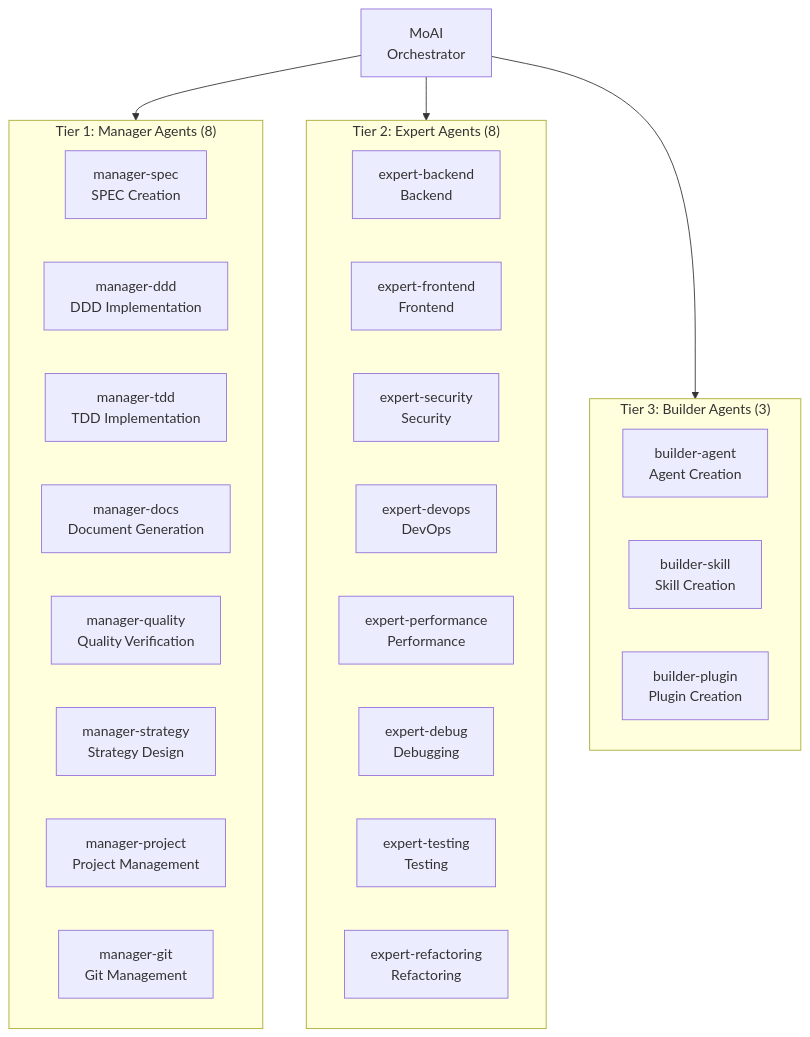
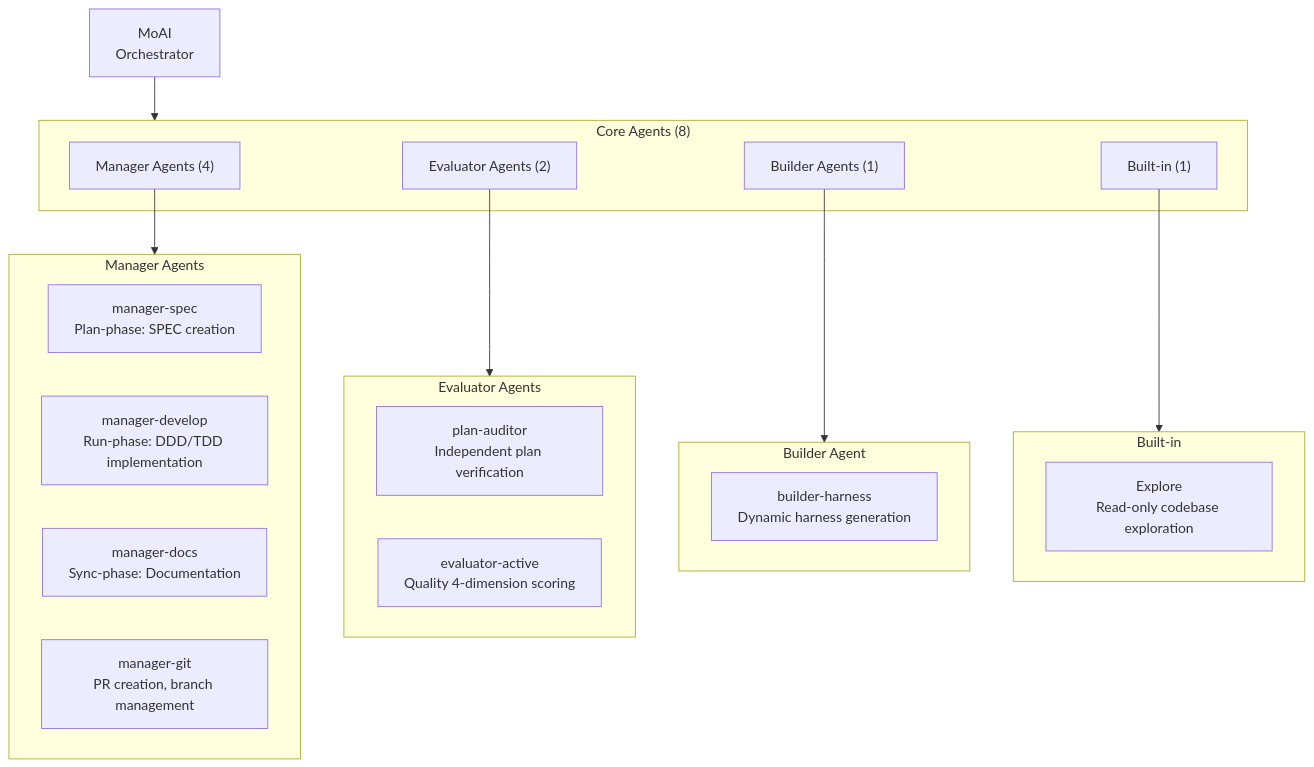
One commit to modu-ai/moai-adk changed the second of 4 diagrams in docs-site/content/en/advanced/agent-guide.md. Above: the diagram before and after it, drawn with Mermaid. The commit also changed other lines of this file and 153 other files, not shown here.

````diff
--- a/docs-site/content/en/advanced/agent-guide.md
+++ b/docs-site/content/en/advanced/agent-guide.md
@@ -58,36 +59,37 @@
 ```mermaid
 flowchart TD
     MOAI["MoAI<br/>Orchestrator"]
 
-    subgraph TIER1["Tier 1: Manager Agents (8)"]
-        MS["manager-spec<br/>SPEC Creation"]
-        MD["manager-ddd<br/>DDD Implementation"]
-        MT["manager-tdd<br/>TDD Implementation"]
-        MDOC["manager-docs<br/>Document Generation"]
-        MQ["manager-quality<br/>Quality Verification"]
-        MST["manager-strategy<br/>Strategy Design"]
-        MP["manager-project<br/>Project Management"]
-        MG["manager-git<br/>Git Management"]
+    subgraph CORE["Core Agents (8)"]
+        MANAGER["Manager Agents (4)"]
+        EVAL["Evaluator Agents (2)"]
+        BUILDER["Builder Agents (1)"]
+        EXPLORE["Built-in (1)"]
     end
 
-    subgraph TIER2["Tier 2: Expert Agents (8)"]
-        EB["expert-backend<br/>Backend"]
-        EF["expert-frontend<br/>Frontend"]
-        ES["expert-security<br/>Security"]
-        ED["expert-devops<br/>DevOps"]
-        EP["expert-performance<br/>Performance"]
-        EDB["expert-debug<br/>Debugging"]
-        ET["expert-testing<br/>Testing"]
-        ER["expert-refactoring<br/>Refactoring"]
+    subgraph MANAGERAGENTS["Manager Agents"]
+        MS["manager-spec<br/>Plan-phase: SPEC creation"]
+        MD["manager-develop<br/>Run-phase: DDD/TDD implementation"]
+        MDOC["manager-docs<br/>Sync-phase: Documentation"]
+        MG["manager-git<br/>PR creation, branch management"]
     end
 
-    subgraph TIER3["Tier 3: Builder Agents (3)"]
-        BA["builder-agent<br/>Agent Creation"]
-        BS["builder-skill<br/>Skill Creation"]
-        BP["builder-plugin<br/>Plugin Creation"]
+    subgraph EVALS["Evaluator Agents"]
+        PA["plan-auditor<br/>Independent plan verification"]
+        EA["evaluator-active<br/>Quality 4-dimension scoring"]
     end
 
-    MOAI --> TIER1
-    MOAI --> TIER2
-    MOAI --> TIER3
+    subgraph BUILDERS["Builder Agent"]
+        BH["builder-harness<br/>Dynamic harness generation"]
+    end
+
+    subgraph EXPLOREAGENT["Built-in"]
+        EXP["Explore<br/>Read-only codebase exploration"]
+    end
+
+    MOAI --> CORE
+    MANAGER --> MANAGERAGENTS
+    EVAL --> EVALS
+    BUILDER --> BUILDERS
+    EXPLORE --> EXPLOREAGENT
 ```
````
